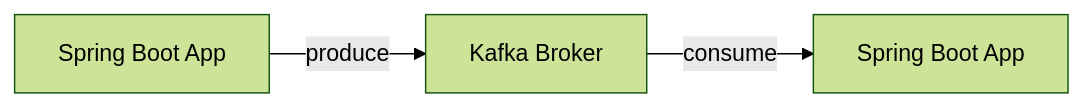
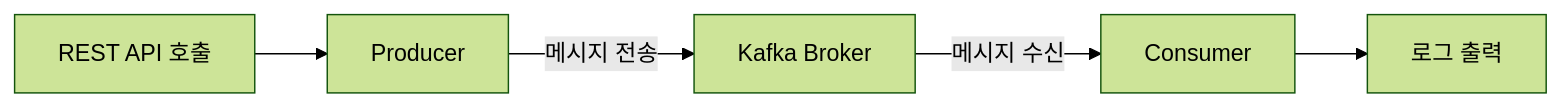
Before and after one commit to kimbenji/kafka-101: the first of 2 diagrams in content/docs/quick-start/_index.md, drawn with Mermaid (forest theme). The commit also changed other lines of this file and 12 other files, not shown here.

````diff
--- a/content/docs/quick-start/_index.md
+++ b/content/docs/quick-start/_index.md
@@ -12,5 +12,7 @@
 ```mermaid
 flowchart LR
-    A[Spring Boot App] -->|produce| B[Kafka Broker]
-    B -->|consume| C[Spring Boot App]
+    A[REST API 호출] --> B[Producer]
+    B -->|메시지 전송| C[Kafka Broker]
+    C -->|메시지 수신| D[Consumer]
+    D --> E[로그 출력]
 ```
````
